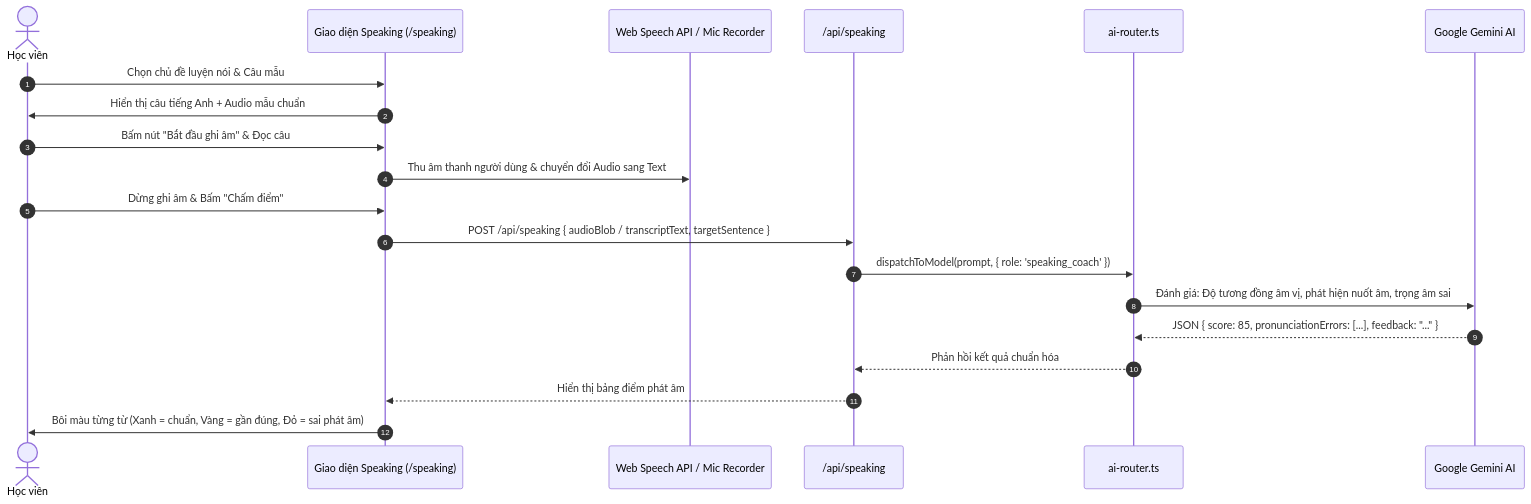
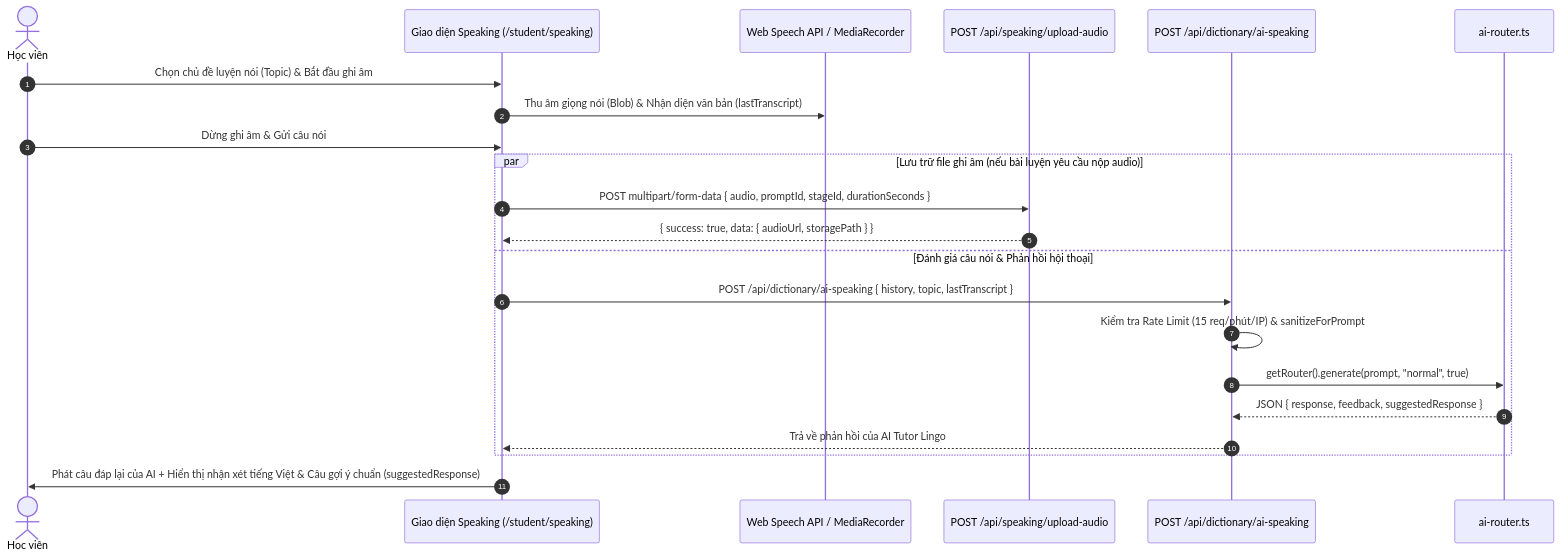
One commit to FengProfessor/Vocab changed the second of 3 diagrams in agent/docs/SRS_05_AI_COACHING_SKILLS.md. Above: the diagram before and after it, drawn with Mermaid. The commit also changed other lines of this file and 15 other files, not shown here.

Commit message:
docs(srs): complete 15 full-project SRS use cases and flow limitation audit

````diff
--- a/agent/docs/SRS_05_AI_COACHING_SKILLS.md
+++ b/agent/docs/SRS_05_AI_COACHING_SKILLS.md
@@ -62,23 +63,25 @@
 ```mermaid
 sequenceDiagram
     autonumber
     actor Student as Học viên
-    participant UI as Giao diện Speaking (/speaking)
-    participant Speech as Web Speech API / Mic Recorder
-    participant API as /api/speaking
+    participant UI as Giao diện Speaking (/student/speaking)
+    participant Speech as Web Speech API / MediaRecorder
+    participant UploadAPI as POST /api/speaking/upload-audio
+    participant SpeakAPI as POST /api/dictionary/ai-speaking
     participant AIRouter as ai-router.ts
-    participant Gemini as Google Gemini AI
 
-    Student->>UI: Chọn chủ đề luyện nói & Câu mẫu
-    UI->>Student: Hiển thị câu tiếng Anh + Audio mẫu chuẩn
-    Student->>UI: Bấm nút "Bắt đầu ghi âm" & Đọc câu
-    UI->>Speech: Thu âm thanh người dùng & chuyển đổi Audio sang Text
-    Student->>UI: Dừng ghi âm & Bấm "Chấm điểm"
-    UI->>API: POST /api/speaking { audioBlob / transcriptText, targetSentence }
-    API->>AIRouter: dispatchToModel(prompt, { role: 'speaking_coach' })
-    AIRouter->>Gemini: Đánh giá: Độ tương đồng âm vị, phát hiện nuốt âm, trọng âm sai
-    Gemini-->>AIRouter: JSON { score: 85, pronunciationErrors: [...], feedback: "..." }
-    AIRouter-->>API: Phản hồi kết quả chuẩn hóa
-    API-->>UI: Hiển thị bảng điểm phát âm
-    UI->>Student: Bôi màu từng từ (Xanh = chuẩn, Vàng = gần đúng, Đỏ = sai phát âm)
+    Student->>UI: Chọn chủ đề luyện nói (Topic) & Bắt đầu ghi âm
+    UI->>Speech: Thu âm giọng nói (Blob) & Nhận diện văn bản (lastTranscript)
+    Student->>UI: Dừng ghi âm & Gửi câu nói
+    par Lưu trữ file ghi âm (nếu bài luyện yêu cầu nộp audio)
+        UI->>UploadAPI: POST multipart/form-data { audio, promptId, stageId, durationSeconds }
+        UploadAPI-->>UI: { success: true, data: { audioUrl, storagePath } }
+    and Đánh giá câu nói & Phản hồi hội thoại
+        UI->>SpeakAPI: POST /api/dictionary/ai-speaking { history, topic, lastTranscript }
+        SpeakAPI->>SpeakAPI: Kiểm tra Rate Limit (15 req/phút/IP) & sanitizeForPrompt
+        SpeakAPI->>AIRouter: getRouter().generate(prompt, "normal", true)
+        AIRouter-->>SpeakAPI: JSON { response, feedback, suggestedResponse }
+        SpeakAPI-->>UI: Trả về phản hồi của AI Tutor Lingo
+    end
+    UI->>Student: Phát câu đáp lại của AI + Hiển thị nhận xét tiếng Việt & Câu gợi ý chuẩn (suggestedResponse)
 ```
````
